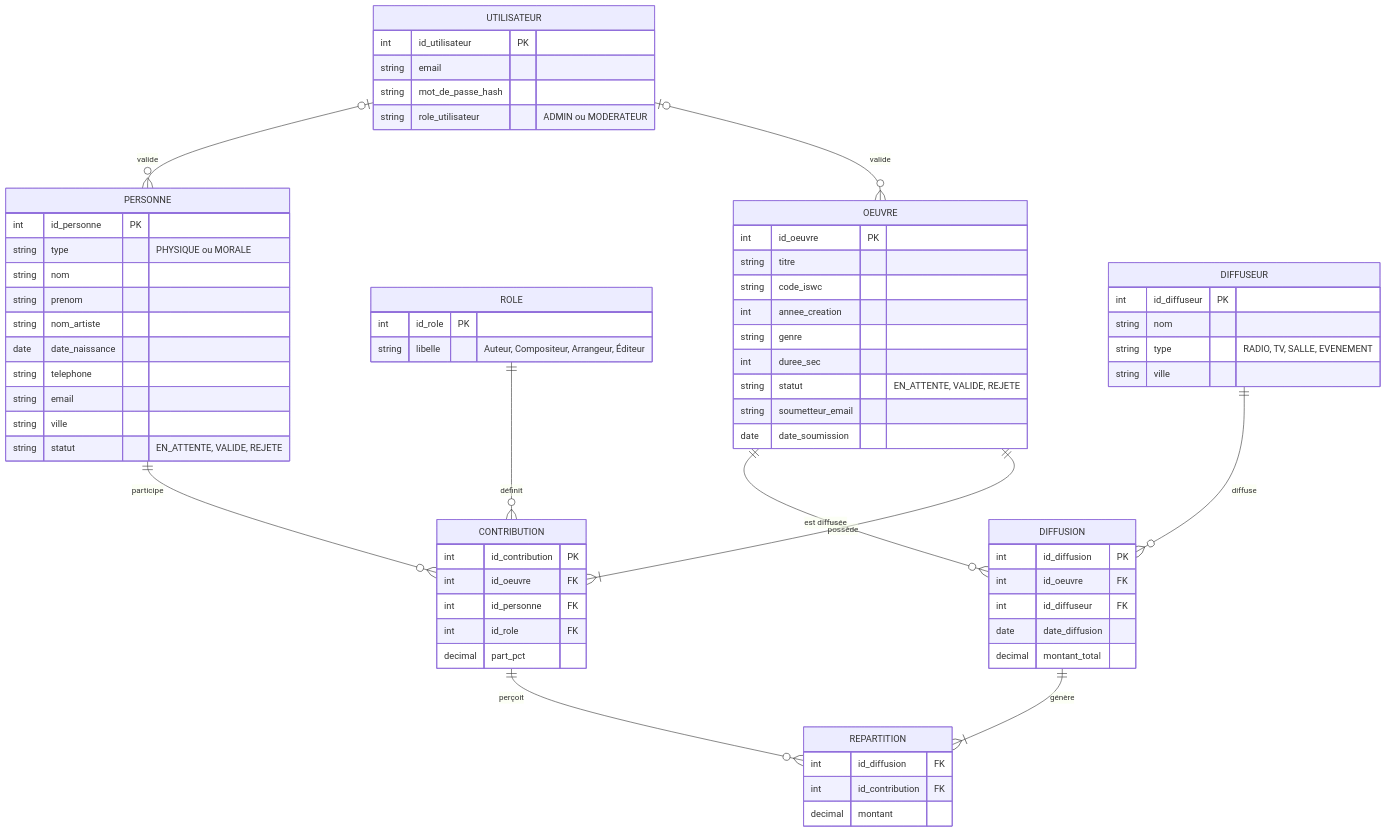
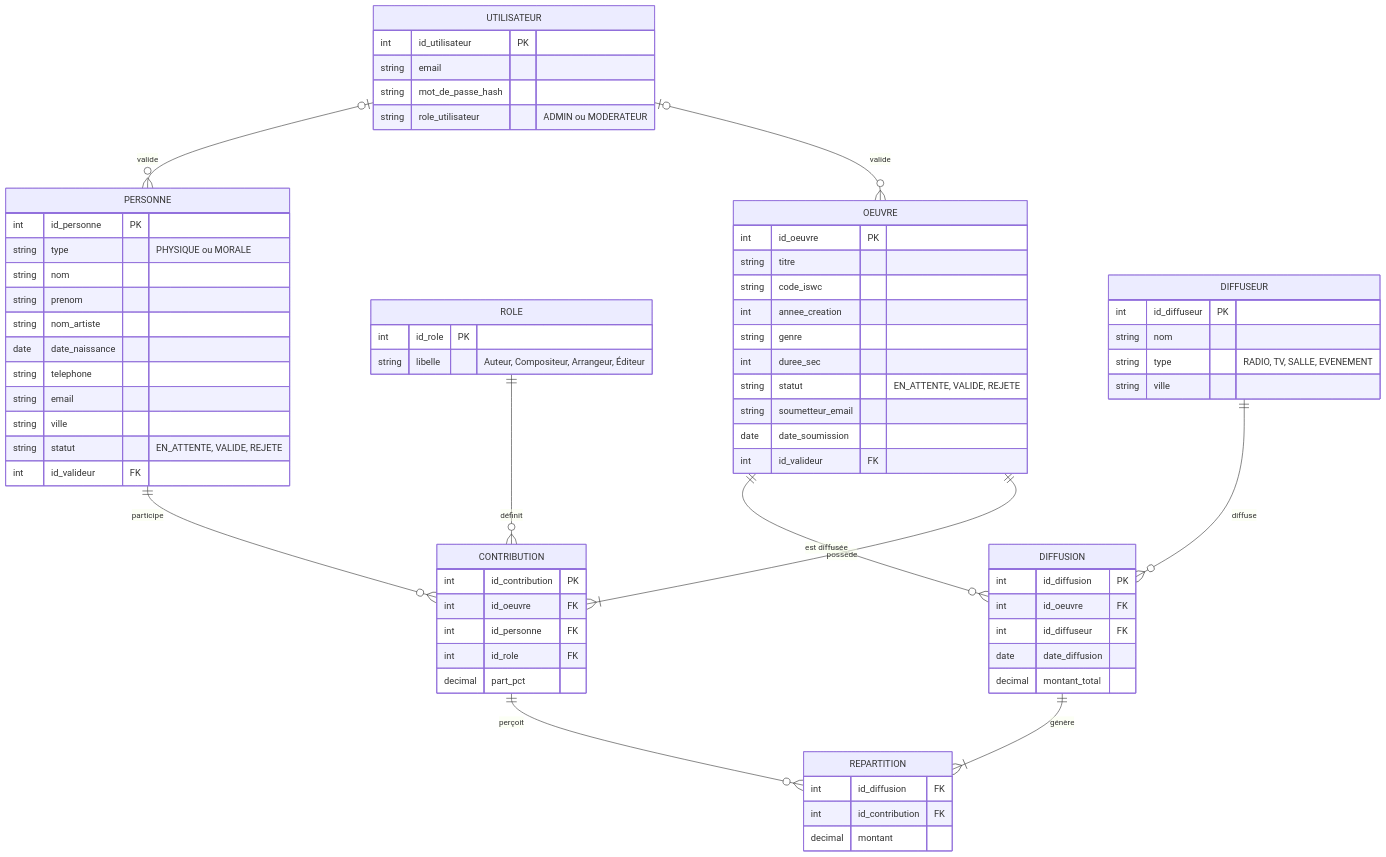
One commit to ryurina/ny-hirako changed the diagram in README.md. Above: the diagram before and after it, drawn with Mermaid. The commit also changed other lines of this file, not shown here.

````diff
--- a/README.md
+++ b/README.md
@@ -37,71 +37,73 @@
 ```mermaid
 erDiagram
     PERSONNE ||--o{ CONTRIBUTION : "participe"
     ROLE ||--o{ CONTRIBUTION : "définit"
     OEUVRE ||--|{ CONTRIBUTION : "possède"
     OEUVRE ||--o{ DIFFUSION : "est diffusée"
     DIFFUSEUR ||--o{ DIFFUSION : "diffuse"
     DIFFUSION ||--|{ REPARTITION : "génère"
     CONTRIBUTION ||--o{ REPARTITION : "perçoit"
     UTILISATEUR |o--o{ OEUVRE : "valide"
     UTILISATEUR |o--o{ PERSONNE : "valide"
 
     PERSONNE {
         int id_personne PK
         string type "PHYSIQUE ou MORALE"
         string nom
         string prenom
         string nom_artiste
         date date_naissance
         string telephone
         string email
         string ville
         string statut "EN_ATTENTE, VALIDE, REJETE"
+        int id_valideur FK
     }
     ROLE {
         int id_role PK
         string libelle "Auteur, Compositeur, Arrangeur, Éditeur"
     }
     OEUVRE {
         int id_oeuvre PK
         string titre
         string code_iswc
         int annee_creation
         string genre
         int duree_sec
         string statut "EN_ATTENTE, VALIDE, REJETE"
         string soumetteur_email
         date date_soumission
+        int id_valideur FK
     }
     CONTRIBUTION {
         int id_contribution PK
         int id_oeuvre FK
         int id_personne FK
         int id_role FK
         decimal part_pct
     }
     DIFFUSEUR {
         int id_diffuseur PK
         string nom
         string type "RADIO, TV, SALLE, EVENEMENT"
         string ville
     }
     DIFFUSION {
         int id_diffusion PK
         int id_oeuvre FK
         int id_diffuseur FK
         date date_diffusion
         decimal montant_total
     }
     REPARTITION {
         int id_diffusion FK
         int id_contribution FK
         decimal montant
     }
     UTILISATEUR {
         int id_utilisateur PK
         string email
         string mot_de_passe_hash
         string role_utilisateur "ADMIN ou MODERATEUR"
     }
 ```
````
